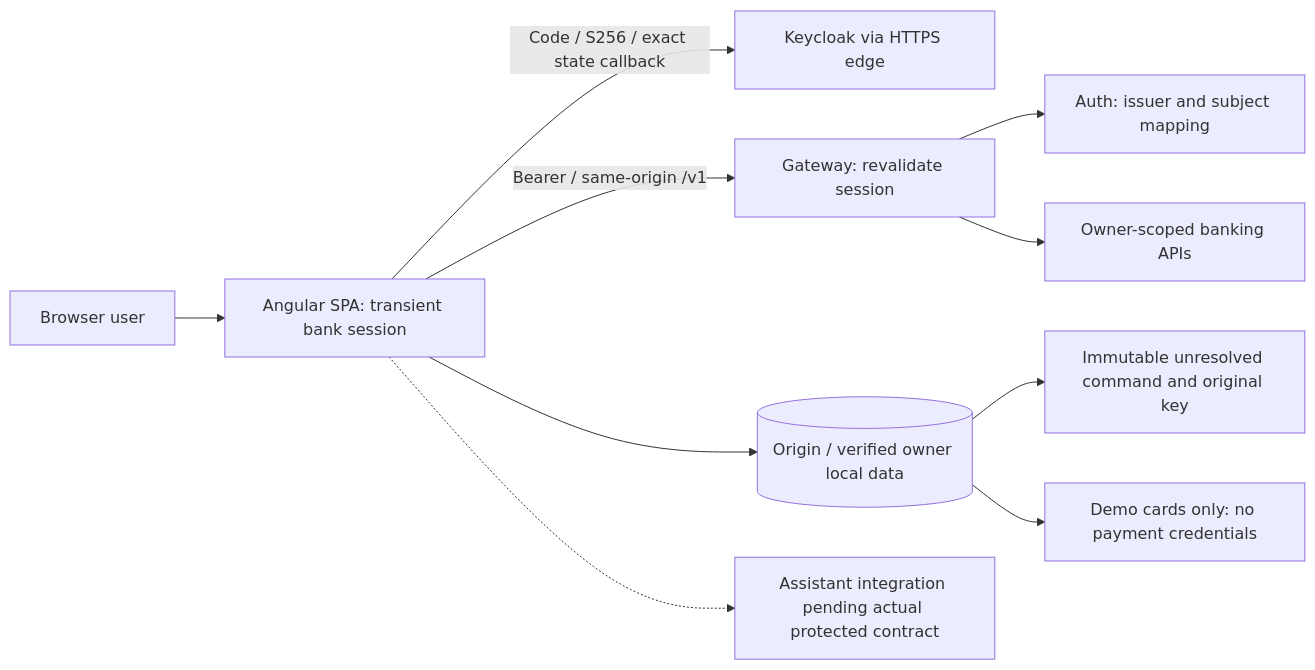
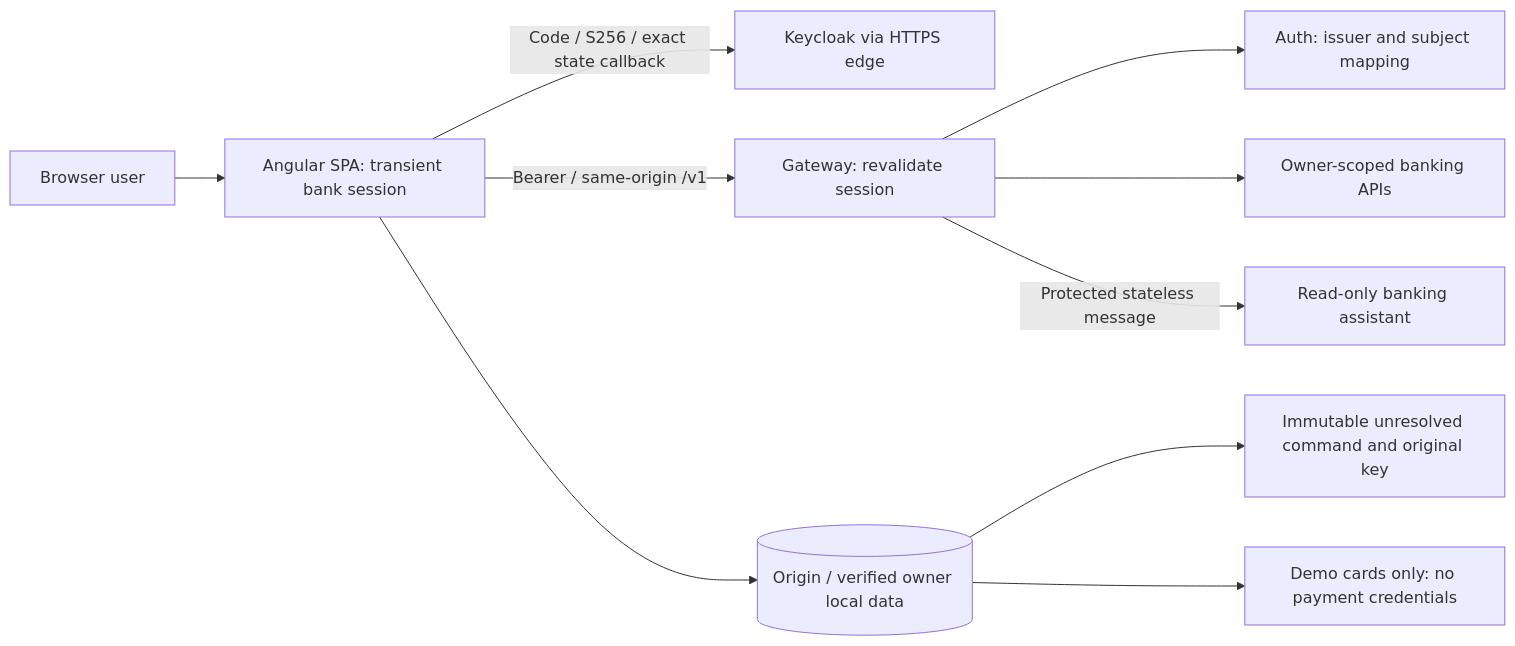
Before and after one commit to aarbabaev/ArMoney: the sixth of 20 diagrams in ARCHITECTURE.md, drawn with Mermaid. The commit also changed other lines of this file and 13 other files, not shown here.

Commit message:
Fix browser hosting and SSO routing; integrate protected assistant

````diff
--- a/ARCHITECTURE.md
+++ b/ARCHITECTURE.md
@@ -222,12 +222,12 @@
 ```mermaid
 flowchart LR
     U["Browser user"] --> SPA["Angular SPA: transient bank session"]
     SPA -->|"Code / S256 / exact state callback"| K["Keycloak via HTTPS edge"]
     SPA -->|"Bearer / same-origin /v1"| G["Gateway: revalidate session"]
     G --> A["Auth: issuer and subject mapping"]
     G --> B["Owner-scoped banking APIs"]
     SPA --> D[("Origin / verified owner local data")]
     D --> P["Immutable unresolved command and original key"]
     D --> C["Demo cards only: no payment credentials"]
-    SPA -.-> AI["Assistant integration pending actual protected contract"]
+    G -->|"Protected stateless message"| AI["Read-only banking assistant"]
 ```
````
